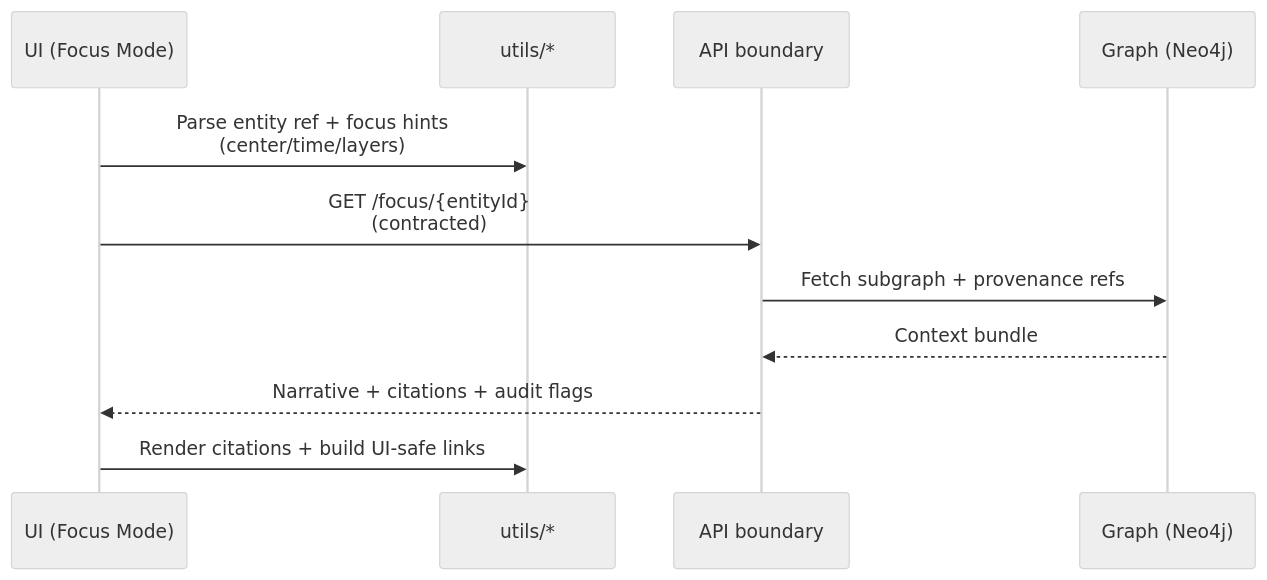
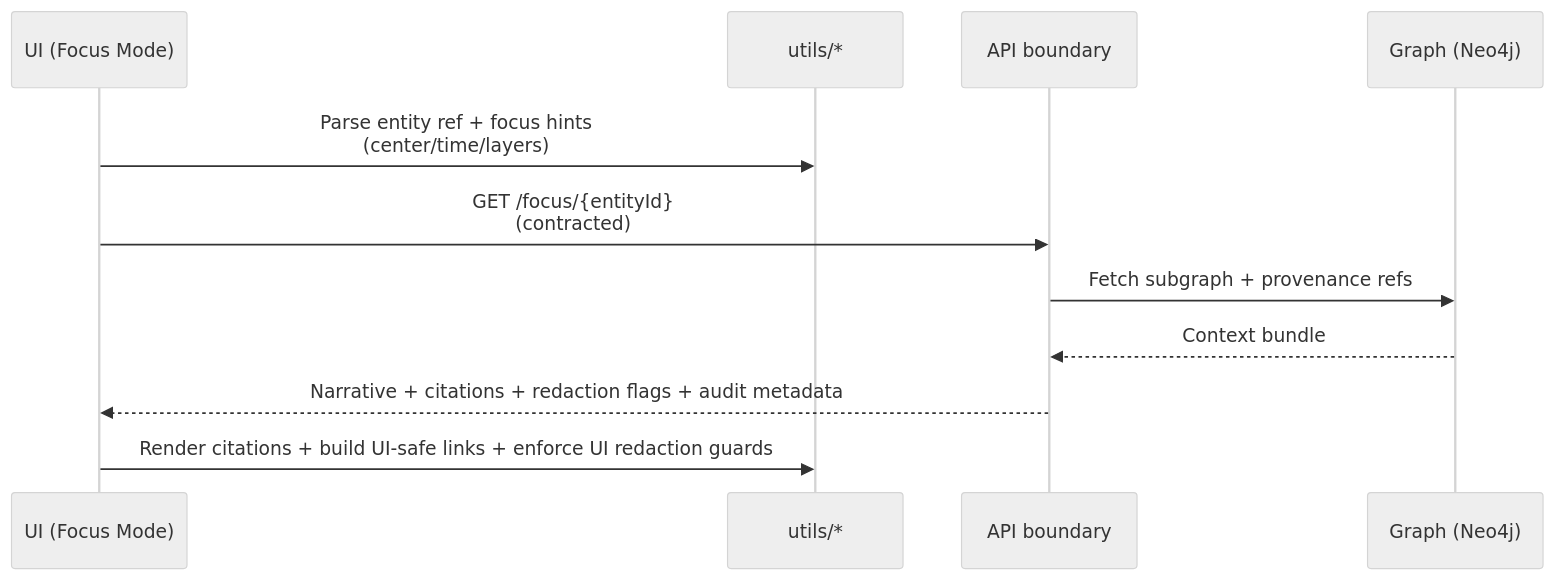
The second of 2 diagrams in web/src/utils/README.md (bartytime4life/Kansas-Frontier-Matrix), drawn with Mermaid (neutral theme) before and after one commit. The commit also changed other lines of this file, not shown here.

```diff
--- a/web/src/utils/README.md
+++ b/web/src/utils/README.md
@@ -202,14 +232,14 @@
 ~~~mermaid
 sequenceDiagram
   participant UI as UI (Focus Mode)
   participant U as utils/*
   participant API as API boundary
   participant Graph as Graph (Neo4j)
 
   UI->>U: Parse entity ref + focus hints<br/>(center/time/layers)
   UI->>API: GET /focus/{entityId}<br/>(contracted)
   API->>Graph: Fetch subgraph + provenance refs
   Graph-->>API: Context bundle
-  API-->>UI: Narrative + citations + audit flags
-  UI->>U: Render citations + build UI-safe links
+  API-->>UI: Narrative + citations + redaction flags + audit metadata
+  UI->>U: Render citations + build UI-safe links + enforce UI redaction guards
 ~~~
```
